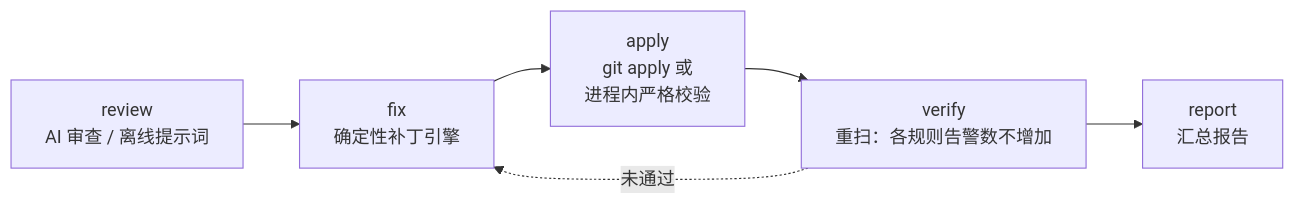
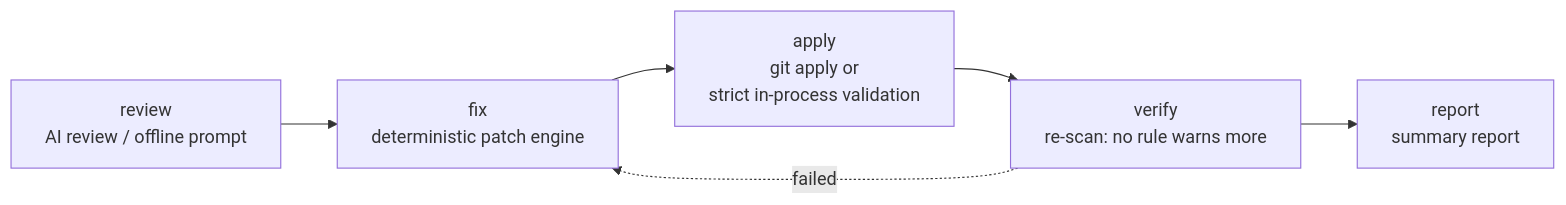
The third of 4 diagrams in README.md (pony-029/malabc), drawn with Mermaid before and after one commit. The commit also changed other lines of this file and 4 other files, not shown here.

````diff
--- a/README.md
+++ b/README.md
@@ -226,8 +228,8 @@
 ```mermaid
 flowchart LR
-    R["review<br/>AI 审查 / 离线提示词"] --> F["fix<br/>确定性补丁引擎"]
-    F --> AP["apply<br/>git apply 或<br/>进程内严格校验"]
-    AP --> V["verify<br/>重扫：各规则告警数不增加"]
-    V --> RP["report<br/>汇总报告"]
-    V -.->|未通过| F
+    R["review<br/>AI review / offline prompt"] --> F["fix<br/>deterministic patch engine"]
+    F --> AP["apply<br/>git apply or<br/>strict in-process validation"]
+    AP --> V["verify<br/>re-scan: no rule warns more"]
+    V --> RP["report<br/>summary report"]
+    V -.->|failed| F
 ```
````
